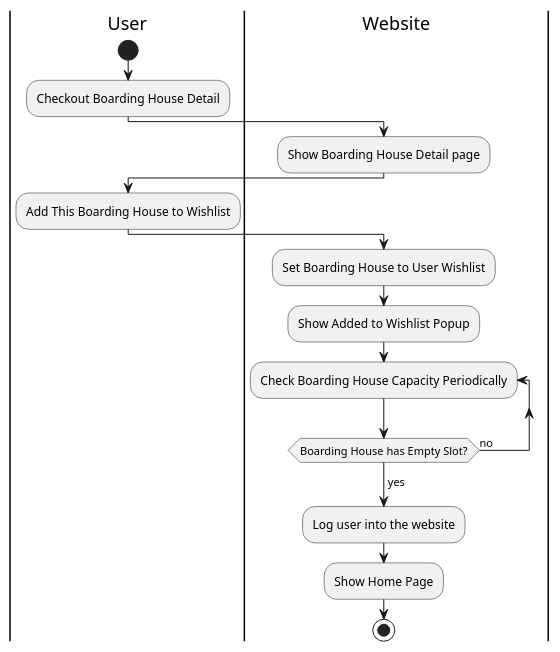
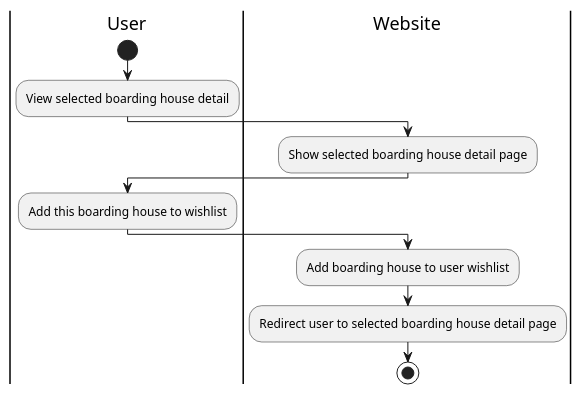
Before and after one commit to AntWort21/BHFMS: the diagram in Design/BHFMS_ACTIVITY/Wishlist.puml, drawn with PlantUML. The commit also changed 8 other files, not shown here.

Commit message:
updated activity based on new use case diagram

```diff
--- a/Design/BHFMS_ACTIVITY/Wishlist.puml
+++ b/Design/BHFMS_ACTIVITY/Wishlist.puml
@@ -1,23 +1,18 @@
 @startuml
 
 |User|
 start
-    :Checkout Boarding House Detail;
+    :View selected boarding house detail;
 
 |Website|
-    :Show Boarding House Detail page;
+    :Show selected boarding house detail page;
 
 |User|
-    :Add This Boarding House to Wishlist;
+    :Add this boarding house to wishlist;
 
 |Website|
-    :Set Boarding House to User Wishlist;
-    :Show Added to Wishlist Popup;
-    repeat :Check Boarding House Capacity Periodically;
-    repeat while (Boarding House has Empty Slot?) is (no)
-        ->yes;
-    :Log user into the website;
-    :Show Home Page;
+    :Add boarding house to user wishlist;
+    :Redirect user to selected boarding house detail page;
 stop
 
 @enduml
```
